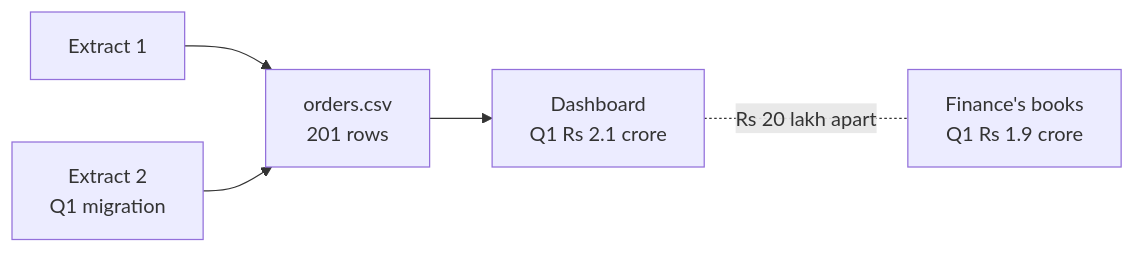
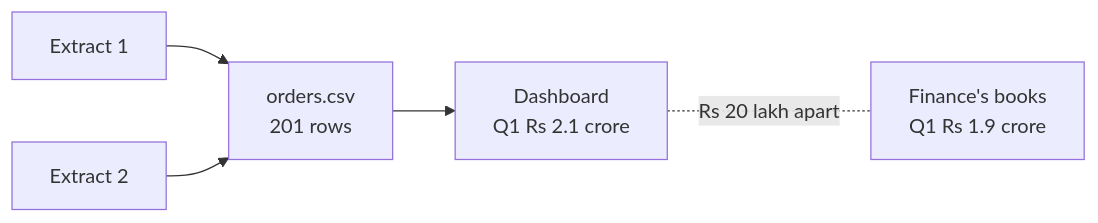
One commit to fde-academy-lab/c2-content-factory changed the second of 6 diagrams in content/W01/SAT/paper/C2_W01_SAT_recap_paper_STUDENT.md. Above: the diagram before and after it, drawn with Mermaid. The commit also changed other lines of this file and 6 other files, not shown here.

````diff
--- a/content/W01/SAT/paper/C2_W01_SAT_recap_paper_STUDENT.md
+++ b/content/W01/SAT/paper/C2_W01_SAT_recap_paper_STUDENT.md
@@ -194,8 +193,8 @@
 ```mermaid
 flowchart LR
   E1["Extract 1"] --> CSV["orders.csv<br/>201 rows"]
-  E2["Extract 2<br/>Q1 migration"] --> CSV
+  E2["Extract 2"] --> CSV
   CSV --> D["Dashboard<br/>Q1 Rs 2.1 crore"]
   B["Finance's books<br/>Q1 Rs 1.9 crore"]
   D -.-|"Rs 20 lakh apart"| B
 ```
````
